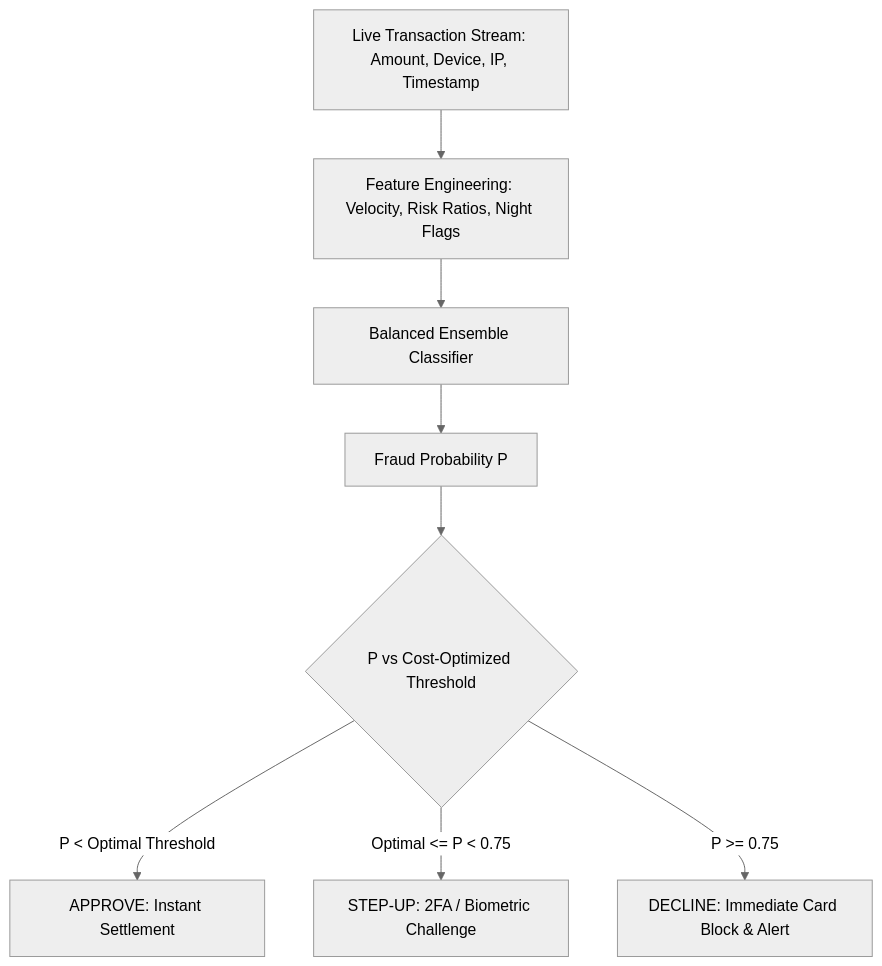
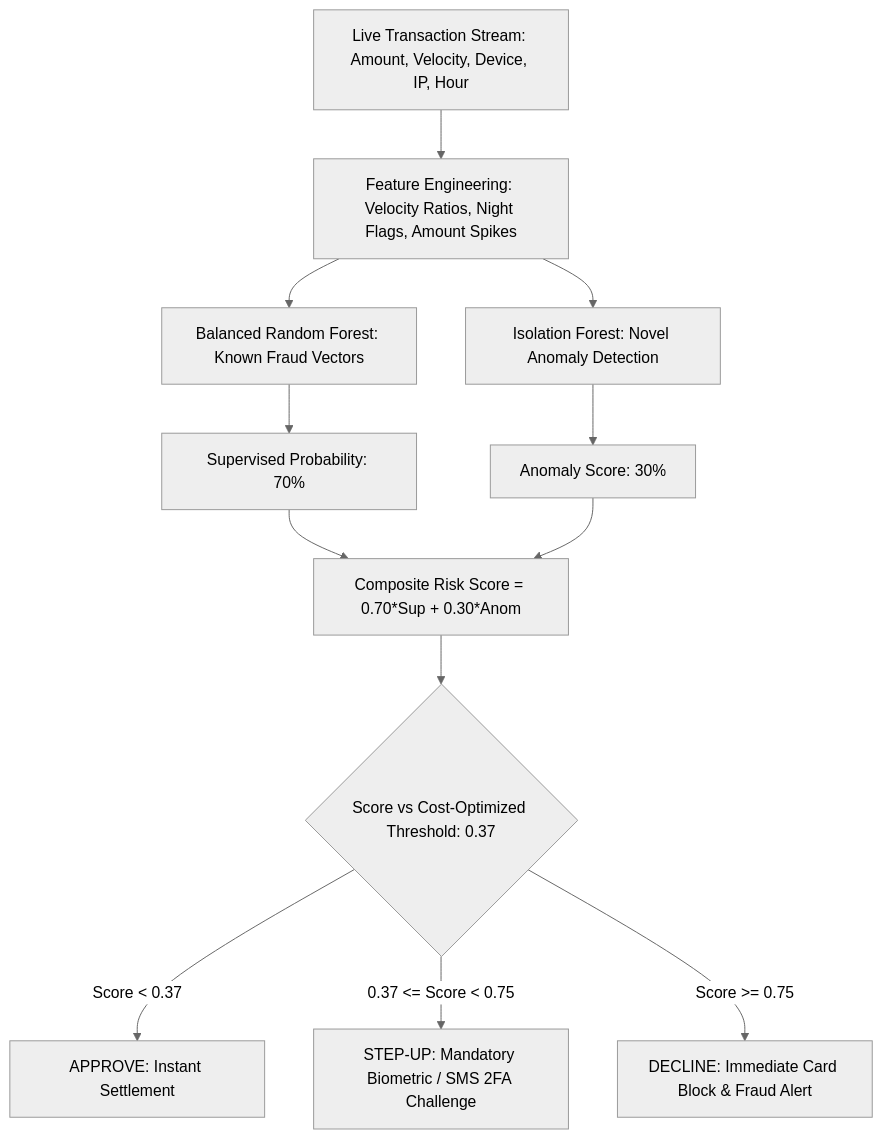
One commit to jashp144/industry-data-science-ai-portfolio changed the diagram in 03_financial_fraud_detection_system/README.md. Above: the diagram before and after it, drawn with Mermaid (neutral theme). The commit also changed other lines of this file and 7 other files, not shown here.

Commit message:
docs: enrich technical documentation with executive ROI, system flowcharts, and hiring manager evaluation rubrics

````diff
--- a/03_financial_fraud_detection_system/README.md
+++ b/03_financial_fraud_detection_system/README.md
@@ -20,11 +25,18 @@
 ```mermaid
 flowchart TD
-    Stream[Live Transaction Stream: Amount, Device, IP, Timestamp] --> FeatureEng[Feature Engineering: Velocity, Risk Ratios, Night Flags]
-    FeatureEng --> Model[Balanced Ensemble Classifier]
-    Model --> Prob[Fraud Probability P]
+    Stream[Live Transaction Stream: Amount, Velocity, Device, IP, Hour] --> FeatureEng[Feature Engineering: Velocity Ratios, Night Flags, Amount Spikes]
     
-    Prob --> ThresholdOpt{P vs Cost-Optimized Threshold}
-    ThresholdOpt -- "P < Optimal Threshold" --> Approve[APPROVE: Instant Settlement]
-    ThresholdOpt -- "Optimal <= P < 0.75" --> StepUp[STEP-UP: 2FA / Biometric Challenge]
-    ThresholdOpt -- "P >= 0.75" --> Decline[DECLINE: Immediate Card Block & Alert]
+    FeatureEng --> Supervised[Balanced Random Forest: Known Fraud Vectors]
+    FeatureEng --> Unsupervised[Isolation Forest: Novel Anomaly Detection]
+    
+    Supervised --> SupScore[Supervised Probability: 70%]
+    Unsupervised --> AnomScore[Anomaly Score: 30%]
+    
+    SupScore --> Composite[Composite Risk Score = 0.70*Sup + 0.30*Anom]
+    AnomScore --> Composite
+    
+    Composite --> ThresholdOpt{Score vs Cost-Optimized Threshold: 0.37}
+    ThresholdOpt -- "Score < 0.37" --> Approve[APPROVE: Instant Settlement]
+    ThresholdOpt -- "0.37 <= Score < 0.75" --> StepUp[STEP-UP: Mandatory Biometric / SMS 2FA Challenge]
+    ThresholdOpt -- "Score >= 0.75" --> Decline[DECLINE: Immediate Card Block & Fraud Alert]
 ```
````
